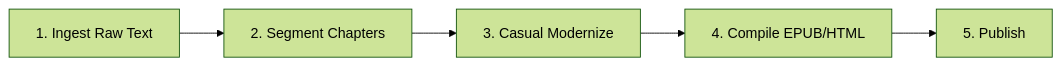
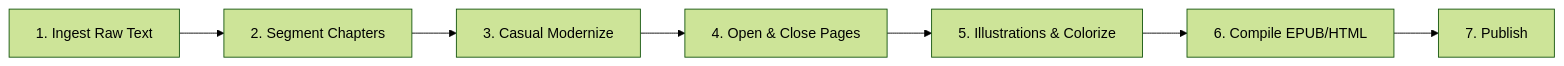
One commit to hongwk2001/TKprof_book changed the diagram in books/two_cities/two_cities_roadmap.md. Above: the diagram before and after it, drawn with Mermaid (forest theme). The commit also changed other lines of this file and 214 other files, not shown here.

Commit message:
Modernized A Tale of Two Cities, added colorized illustrations, and updated EPUB compiler script

````diff
--- a/books/two_cities/two_cities_roadmap.md
+++ b/books/two_cities/two_cities_roadmap.md
@@ -11,7 +11,9 @@
 ```mermaid
 flowchart LR
     Ingest[1. Ingest Raw Text] --> Segment[2. Segment Chapters]
     Segment --> Modernize[3. Casual Modernize]
-    Modernize --> Compile[4. Compile EPUB/HTML]
-    Compile --> Publish[5. Publish]
+    Modernize --> OpenClose[4. Open & Close Pages]
+    OpenClose --> Colorize[5. Illustrations & Colorize]
+    Colorize --> Compile[6. Compile EPUB/HTML]
+    Compile --> Publish[7. Publish]
 ```
````
